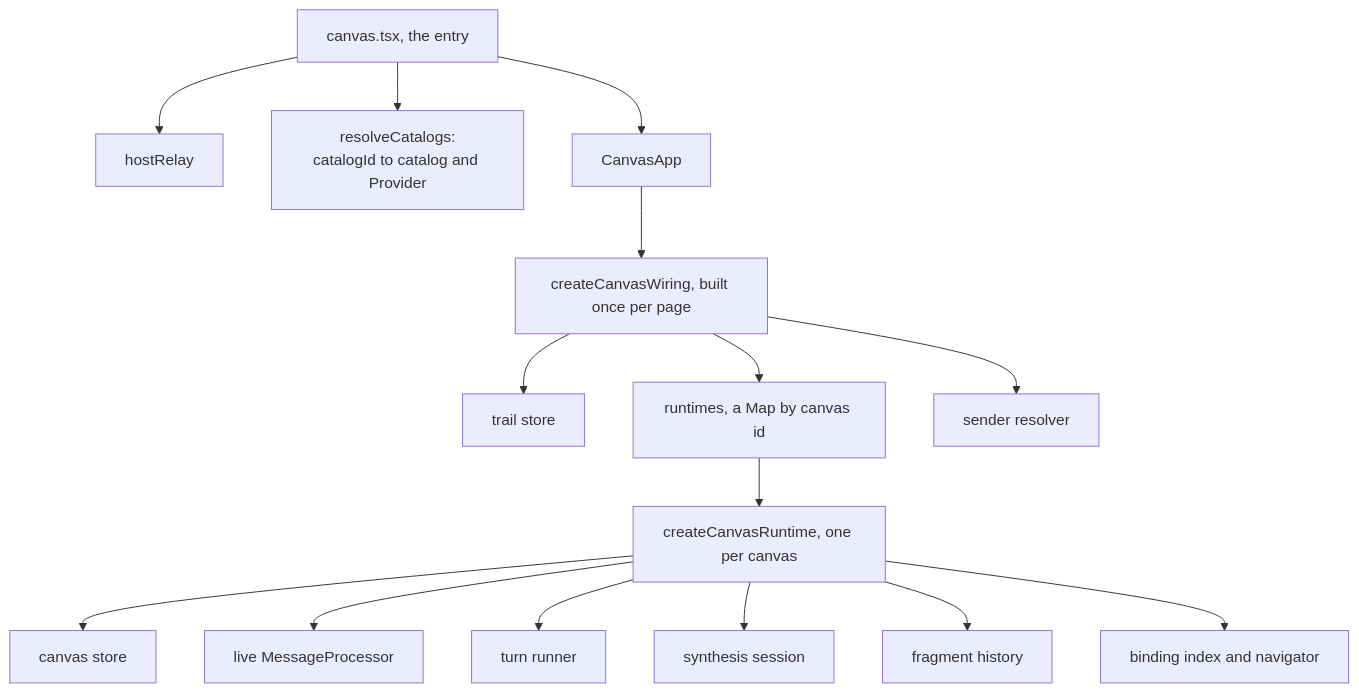
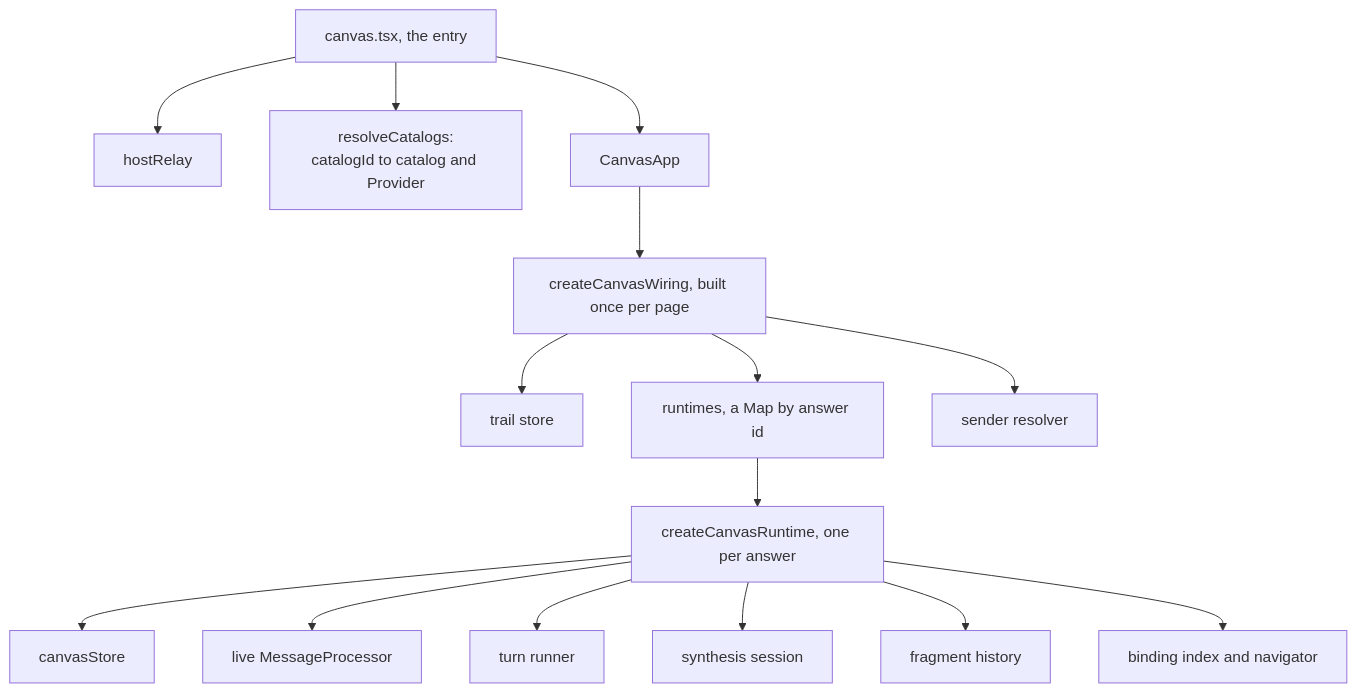
Before and after one commit to retz8/a2uiverse: the second of 4 diagrams in docs/design/client.md, drawn with Mermaid. The commit also changed other lines of this file and 9 other files, not shown here.

Commit message:
docs(phase-9): 9.11 — the canvas is the client's name, never one question's screen: that is an answer, a past answer, a trail of answers, a runtime per answer, across the design records and the READMEs; the design records' headings carry no leading 'The', and CLAUDE.md's design-record rule says so

````diff
--- a/docs/design/client.md
+++ b/docs/design/client.md
@@ -118,17 +118,17 @@
 ```mermaid
 flowchart TD
     E["canvas.tsx, the entry"] --> R["hostRelay"]
     E --> CAT["resolveCatalogs:<br/>catalogId to catalog and Provider"]
     E --> APP["CanvasApp"]
     APP --> W["createCanvasWiring, built once per page"]
     W --> TS["trail store"]
-    W --> RT["runtimes, a Map by canvas id"]
+    W --> RT["runtimes, a Map by answer id"]
     W --> SR["sender resolver"]
-    RT --> ONE["createCanvasRuntime, one per canvas"]
-    ONE --> ST["canvas store"]
+    RT --> ONE["createCanvasRuntime, one per answer"]
+    ONE --> ST["canvasStore"]
     ONE --> MP["live MessageProcessor"]
     ONE --> TR["turn runner"]
     ONE --> SS["synthesis session"]
     ONE --> FH["fragment history"]
     ONE --> BI["binding index and navigator"]
 ```
````
